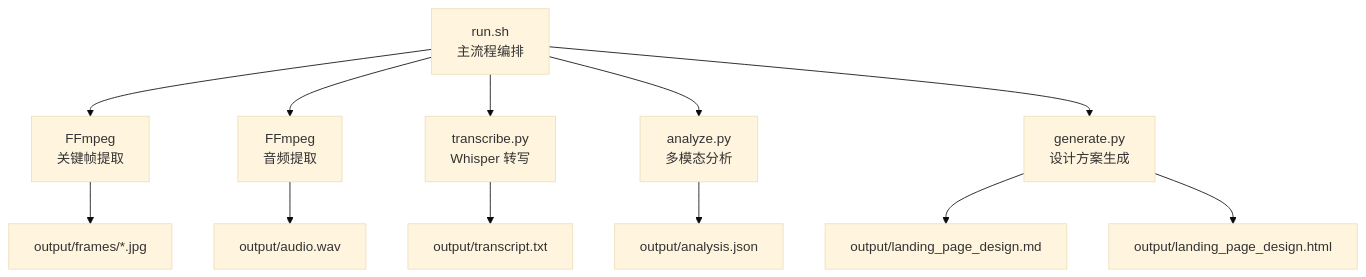
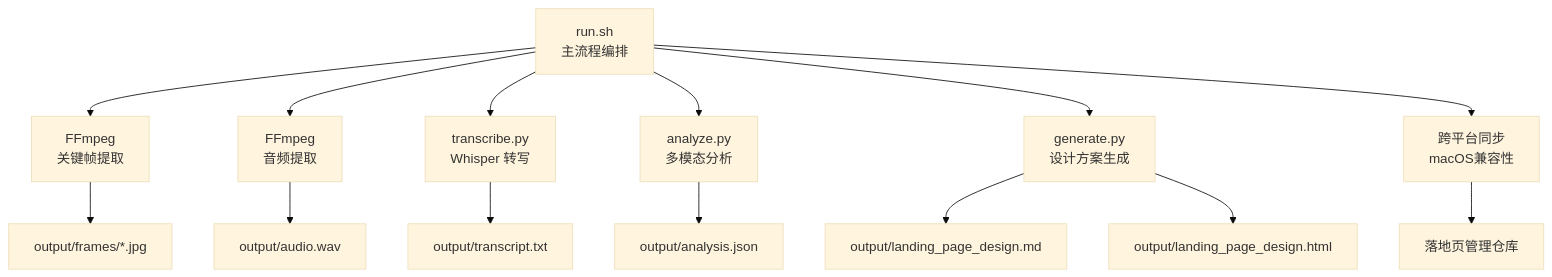
The first of 9 diagrams in .qoder/repowiki/zh/content/核心模块详解/视频处理模块.md (WongMingJiu/landingpage-test-hero-page), drawn with Mermaid (base theme) before and after one commit. The commit also changed other lines of this file and 53 other files, not shown here.

````diff
--- a/.qoder/repowiki/zh/content/核心模块详解/视频处理模块.md
+++ b/.qoder/repowiki/zh/content/核心模块详解/视频处理模块.md
@@ -56,14 +59,16 @@
 ```mermaid
 graph TB
 A["run.sh<br/>主流程编排"] --> B["FFmpeg<br/>关键帧提取"]
 A --> C["FFmpeg<br/>音频提取"]
 A --> D["transcribe.py<br/>Whisper 转写"]
 A --> E["analyze.py<br/>多模态分析"]
 A --> F["generate.py<br/>设计方案生成"]
-E --> G["output/analysis.json"]
-D --> H["output/transcript.txt"]
-B --> I["output/frames/*.jpg"]
-C --> J["output/audio.wav"]
-F --> K["output/landing_page_design.md"]
-F --> L["output/landing_page_design.html"]
+A --> G["跨平台同步<br/>macOS兼容性"]
+E --> H["output/analysis.json"]
+D --> I["output/transcript.txt"]
+B --> J["output/frames/*.jpg"]
+C --> K["output/audio.wav"]
+F --> L["output/landing_page_design.md"]
+F --> M["output/landing_page_design.html"]
+G --> N["落地页管理仓库"]
 ```
````
